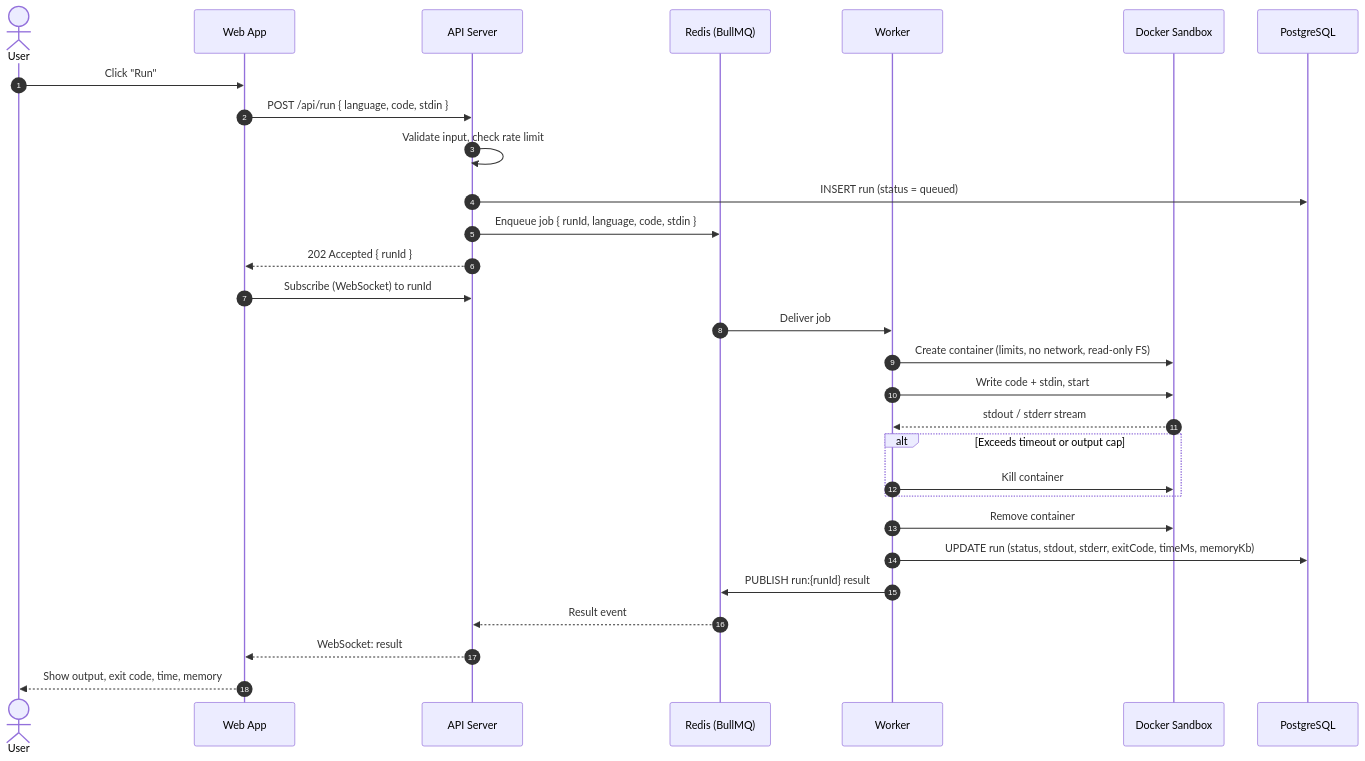
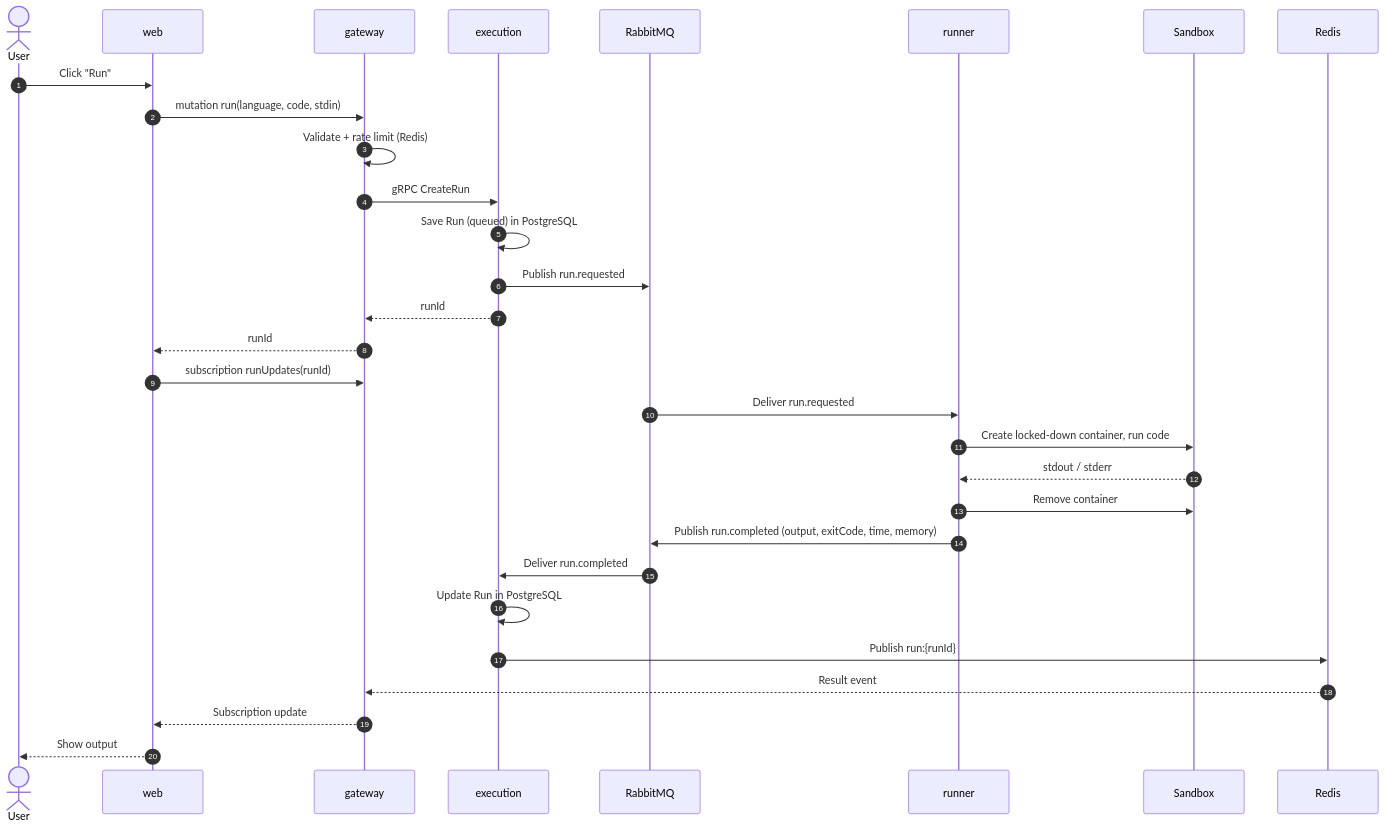
The second of 4 diagrams in ARCHITECTURE.md (vedatcinbatexe/bytebox), drawn with Mermaid before and after one commit. The commit also changed other lines of this file and 38 other files, not shown here.

````diff
--- a/ARCHITECTURE.md
+++ b/ARCHITECTURE.md
@@ -89,33 +114,35 @@
 ```mermaid
 sequenceDiagram
     autonumber
     actor U as User
-    participant W as Web App
-    participant A as API Server
-    participant R as Redis (BullMQ)
-    participant K as Worker
-    participant D as Docker Sandbox
-    participant P as PostgreSQL
+    participant W as web
+    participant G as gateway
+    participant E as execution
+    participant Q as RabbitMQ
+    participant R as runner
+    participant S as Sandbox
+    participant RD as Redis
 
     U->>W: Click "Run"
-    W->>A: POST /api/run { language, code, stdin }
-    A->>A: Validate input, check rate limit
-    A->>P: INSERT run (status = queued)
-    A->>R: Enqueue job { runId, language, code, stdin }
-    A-->>W: 202 Accepted { runId }
-    W->>A: Subscribe (WebSocket) to runId
+    W->>G: mutation run(language, code, stdin)
+    G->>G: Validate + rate limit (Redis)
+    G->>E: gRPC CreateRun
+    E->>E: Save Run (queued) in PostgreSQL
+    E->>Q: Publish run.requested
+    E-->>G: runId
+    G-->>W: runId
+    W->>G: subscription runUpdates(runId)
 
-    R->>K: Deliver job
-    K->>D: Create container (limits, no network, read-only FS)
-    K->>D: Write code + stdin, start
-    D-->>K: stdout / stderr stream
-    alt Exceeds timeout or output cap
-        K->>D: Kill container
-    end
-    K->>D: Remove container
-    K->>P: UPDATE run (status, stdout, stderr, exitCode, timeMs, memoryKb)
-    K->>R: PUBLISH run:{runId} result
-    R-->>A: Result event
-    A-->>W: WebSocket: result
-    W-->>U: Show output, exit code, time, memory
+    Q->>R: Deliver run.requested
+    R->>S: Create locked-down container, run code
+    S-->>R: stdout / stderr
+    R->>S: Remove container
+    R->>Q: Publish run.completed (output, exitCode, time, memory)
+
+    Q->>E: Deliver run.completed
+    E->>E: Update Run in PostgreSQL
+    E->>RD: Publish run:{runId}
+    RD-->>G: Result event
+    G-->>W: Subscription update
+    W-->>U: Show output
 ```
````
